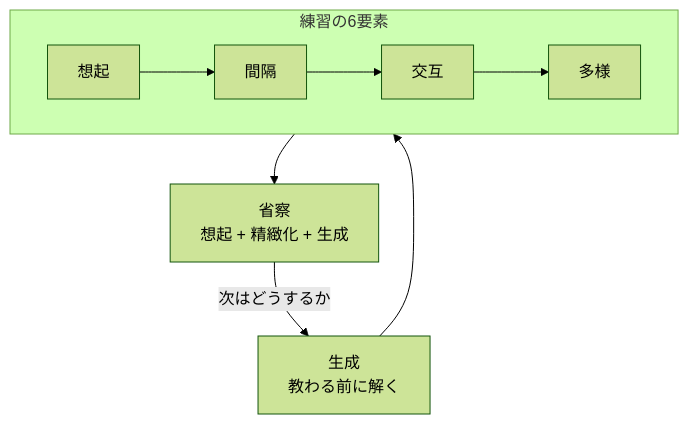
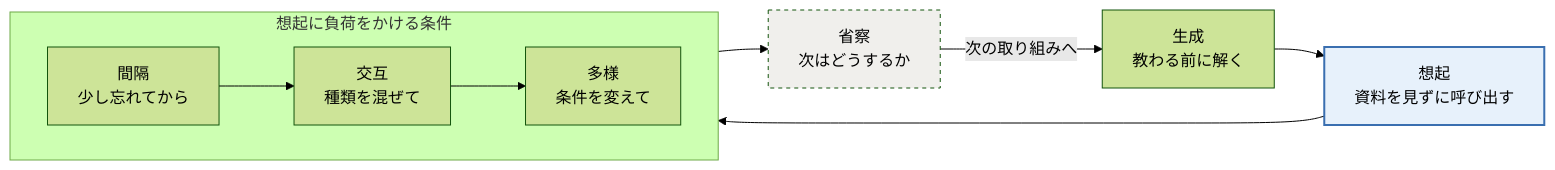
Before and after one commit to k2works/claude-code-booster: the fourth of 7 diagrams in lib/assets/docs/reference/メンタルモデル構築ガイド_汎用版.md, drawn with Mermaid (forest theme). The commit also changed other lines of this file, not shown here.

Commit message:
docs(reference): メンタルモデル構築ガイドに各フェーズの図を追加し練習フェーズの図を整理

````diff
--- a/lib/assets/docs/reference/メンタルモデル構築ガイド_汎用版.md
+++ b/lib/assets/docs/reference/メンタルモデル構築ガイド_汎用版.md
@@ -93,12 +106,14 @@
 ```mermaid
-flowchart TB
-    subgraph 練習の6要素
+flowchart LR
+    G[生成<br>教わる前に解く] --> R[想起<br>資料を見ずに呼び出す]
+    R --> S
+    subgraph 想起に負荷をかける条件
         direction LR
-        R[想起] --> S[間隔]
-        S --> I[交互]
-        I --> V[多様]
+        S[間隔<br>少し忘れてから] --> I[交互<br>種類を混ぜて]
+        I --> V[多様<br>条件を変えて]
     end
-    G[生成<br>教わる前に解く] --> R
-    R --> F[省察<br>想起 + 精緻化 + 生成]
-    F -->|次はどうするか| G
+    V --> F[省察<br>次はどうするか]
+    F -->|次の取り組みへ| G
+    style R fill:#e7f1fb,stroke:#3a6fb0,stroke-width:2px
+    style F fill:#f0efec,stroke-dasharray:4 4
 ```
````
